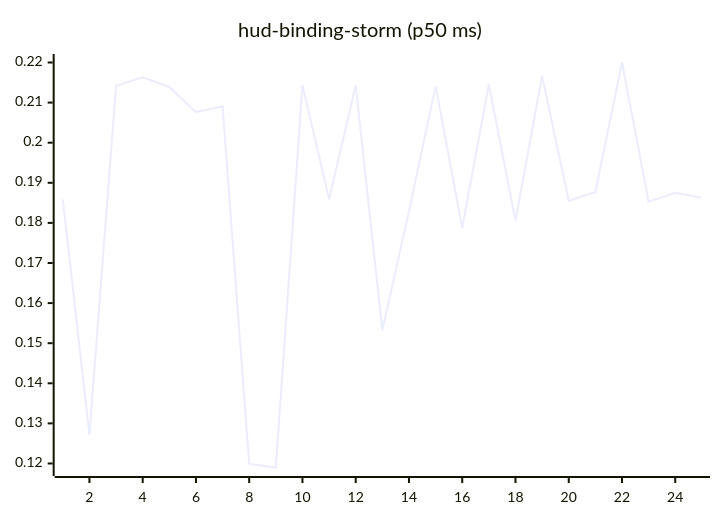
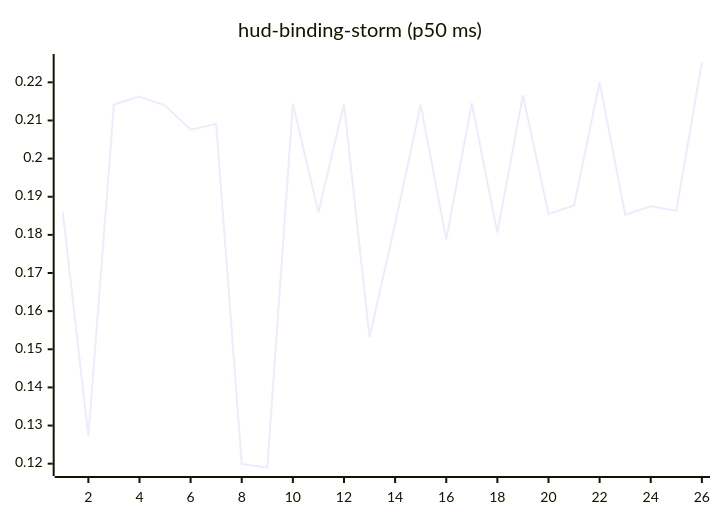
The tenth of 27 diagrams in README.md (josha/Facet), drawn with Mermaid before and after one commit. The commit also changed other lines of this file and 2 other files, not shown here.

````diff
--- a/README.md
+++ b/README.md
@@ -126,6 +126,6 @@
 ```mermaid
 xychart-beta
     title "hud-binding-storm (p50 ms)"
-    x-axis 1 --> 25
-    line [0.1859, 0.1272, 0.2142, 0.2163, 0.2139, 0.2076, 0.2091, 0.1199, 0.1190, 0.2144, 0.1859, 0.2143, 0.1532, 0.1829, 0.2141, 0.1788, 0.2145, 0.1806, 0.2166, 0.1855, 0.1877, 0.2200, 0.1853, 0.1875, 0.1863]
+    x-axis 1 --> 26
+    line [0.1859, 0.1272, 0.2142, 0.2163, 0.2139, 0.2076, 0.2091, 0.1199, 0.1190, 0.2144, 0.1859, 0.2143, 0.1532, 0.1829, 0.2141, 0.1788, 0.2145, 0.1806, 0.2166, 0.1855, 0.1877, 0.2200, 0.1853, 0.1875, 0.1863, 0.2252]
 ```
````
